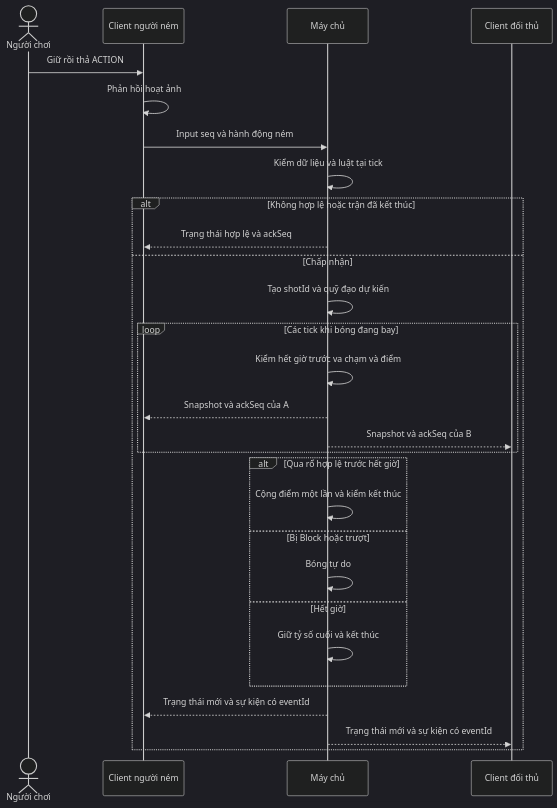
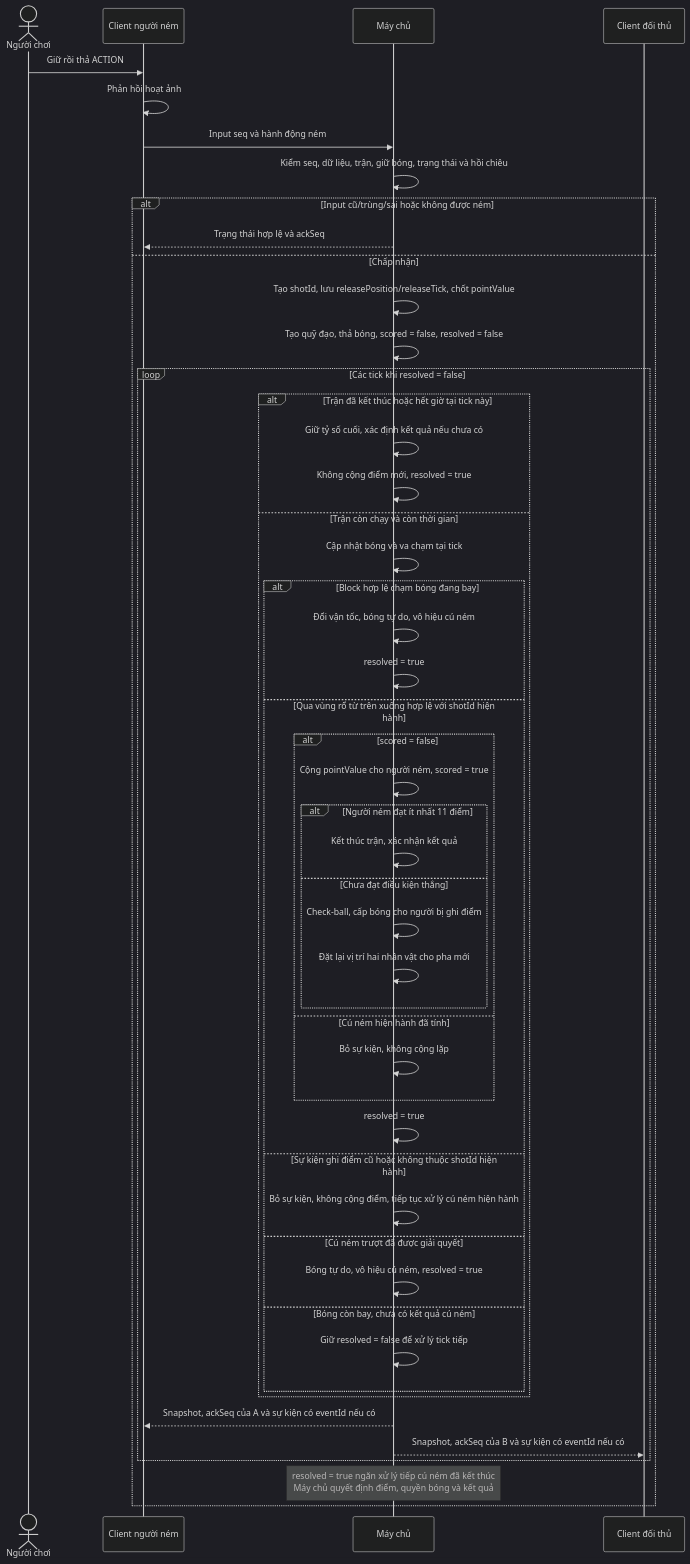
The fifth of 7 diagrams in thesis/03-xay-dung-game.md (QHT2910/LuanVanTotNghiep), drawn with Mermaid (dark theme) before and after one commit. The commit also changed other lines of this file and 39 other files, not shown here.

Commit message:
docs: integrate R1 source audit, UML and feasibility evidence

````diff
--- a/thesis/03-xay-dung-game.md
+++ b/thesis/03-xay-dung-game.md
@@ -231,30 +244,52 @@
 ```mermaid
 sequenceDiagram
+  %% Thiết kế đề xuất. resolved chỉ là cờ điều khiển vòng xử lý cú ném trong sơ đồ.
   actor P as Người chơi
   participant A as Client người ném
   participant S as Máy chủ
   participant B as Client đối thủ
   P->>A: Giữ rồi thả ACTION
   A->>A: Phản hồi hoạt ảnh
   A->>S: Input seq và hành động ném
-  S->>S: Kiểm dữ liệu và luật tại tick
-  alt Không hợp lệ hoặc trận đã kết thúc
+  S->>S: Kiểm seq, dữ liệu, trận, giữ bóng, trạng thái và hồi chiêu
+  alt Input cũ/trùng/sai hoặc không được ném
     S-->>A: Trạng thái hợp lệ và ackSeq
   else Chấp nhận
-    S->>S: Tạo shotId và quỹ đạo dự kiến
-    loop Các tick khi bóng đang bay
-      S->>S: Kiểm hết giờ trước va chạm và điểm
-      S-->>A: Snapshot và ackSeq của A
-      S-->>B: Snapshot và ackSeq của B
+    S->>S: Tạo shotId, lưu releasePosition/releaseTick, chốt pointValue
+    S->>S: Tạo quỹ đạo, thả bóng, scored = false, resolved = false
+    loop Các tick khi resolved = false
+      alt Trận đã kết thúc hoặc hết giờ tại tick này
+        S->>S: Giữ tỷ số cuối, xác định kết quả nếu chưa có
+        S->>S: Không cộng điểm mới, resolved = true
+      else Trận còn chạy và còn thời gian
+        S->>S: Cập nhật bóng và va chạm tại tick
+        alt Block hợp lệ chạm bóng đang bay
+          S->>S: Đổi vận tốc, bóng tự do, vô hiệu cú ném
+          S->>S: resolved = true
+        else Qua vùng rổ từ trên xuống hợp lệ với shotId hiện hành
+          alt scored = false
+            S->>S: Cộng pointValue cho người ném, scored = true
+            alt Người ném đạt ít nhất 11 điểm
+              S->>S: Kết thúc trận, xác nhận kết quả
+            else Chưa đạt điều kiện thắng
+              S->>S: Check-ball, cấp bóng cho người bị ghi điểm
+              S->>S: Đặt lại vị trí hai nhân vật cho pha mới
+            end
+          else Cú ném hiện hành đã tính
+            S->>S: Bỏ sự kiện, không cộng lặp
+          end
+          S->>S: resolved = true
+        else Sự kiện ghi điểm cũ hoặc không thuộc shotId hiện hành
+          S->>S: Bỏ sự kiện, không cộng điểm, tiếp tục xử lý cú ném hiện hành
+        else Cú ném trượt đã được giải quyết
+          S->>S: Bóng tự do, vô hiệu cú ném, resolved = true
+        else Bóng còn bay, chưa có kết quả cú ném
+          S->>S: Giữ resolved = false để xử lý tick tiếp
+        end
+      end
+      S-->>A: Snapshot, ackSeq của A và sự kiện có eventId nếu có
+      S-->>B: Snapshot, ackSeq của B và sự kiện có eventId nếu có
     end
-    alt Qua rổ hợp lệ trước hết giờ
-      S->>S: Cộng điểm một lần và kiểm kết thúc
-    else Bị Block hoặc trượt
-      S->>S: Bóng tự do
-    else Hết giờ
-      S->>S: Giữ tỷ số cuối và kết thúc
-    end
-    S-->>A: Trạng thái mới và sự kiện có eventId
-    S-->>B: Trạng thái mới và sự kiện có eventId
+    Note over S: resolved = true ngăn xử lý tiếp cú ném đã kết thúc<br/>Máy chủ quyết định điểm, quyền bóng và kết quả
   end
 ```
````
